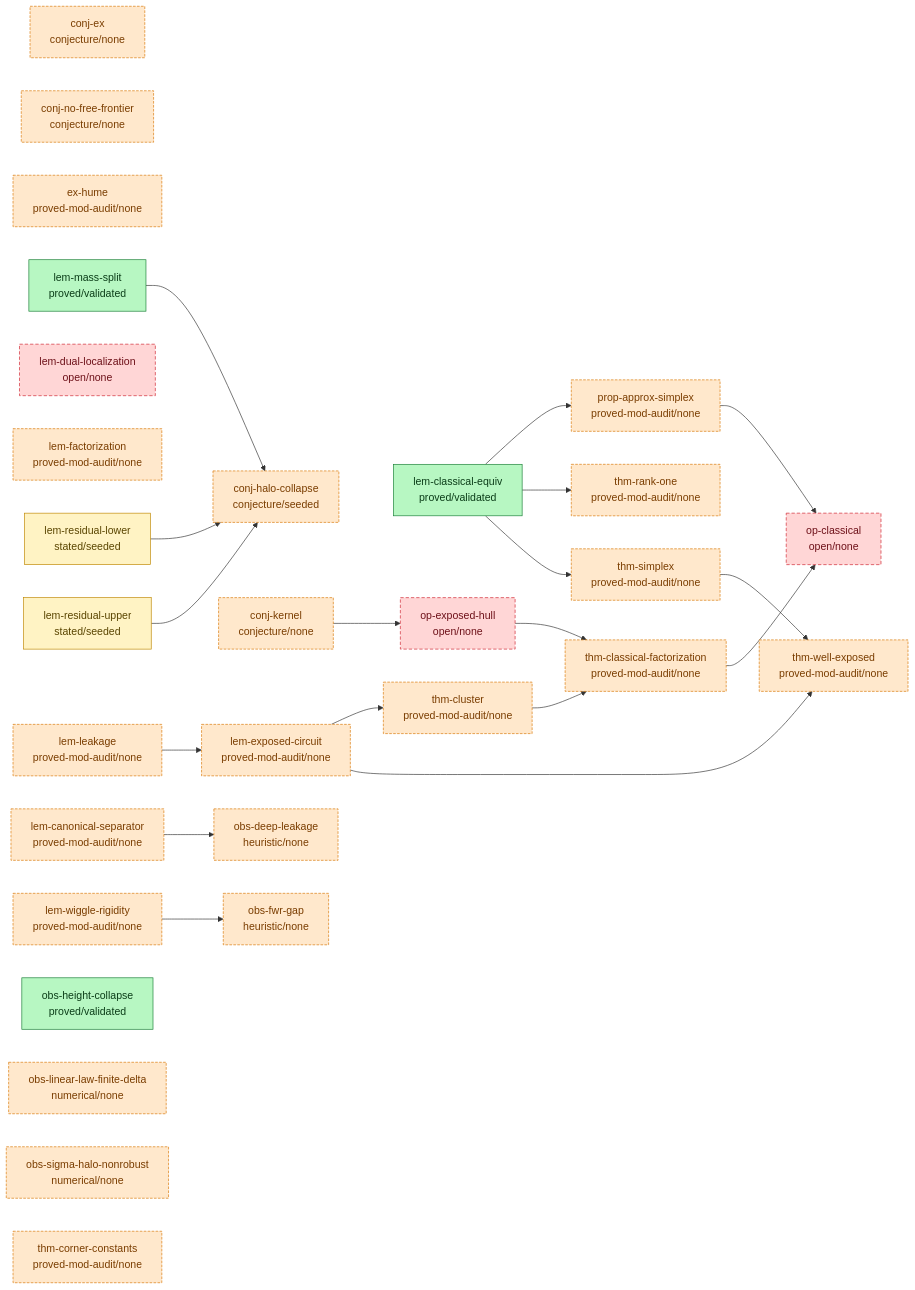
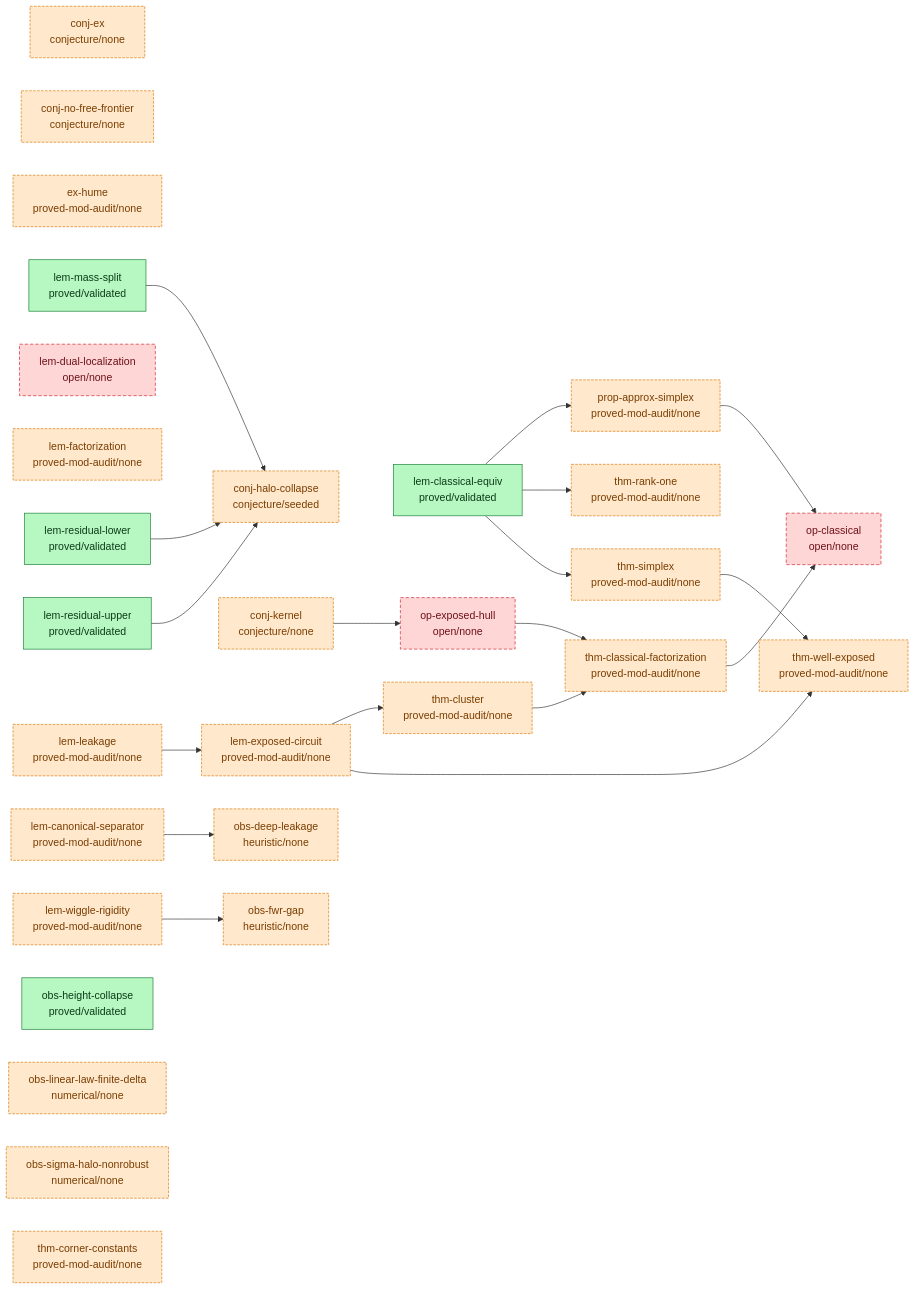
The diagram in argument/DAG.md (tobiasosborne/almost-idempotent-stochastic-maps), drawn with Mermaid before and after one commit. The commit also changed 208 other files, not shown here.

First line of the commit message:
Bank lem-residual-lower: af-validated (4th rigorous result; 2nd of the halo-collapse factoring)

````diff
--- a/argument/DAG.md
+++ b/argument/DAG.md
@@ -6,60 +6,59 @@
 ```mermaid
 graph LR
   classDef validated fill:#b7f7c2,stroke:#1a7f37,color:#0b3d18;
   classDef proved fill:#cfe3ff,stroke:#0969da,color:#0a3069;
   classDef seeded fill:#fff3c4,stroke:#bf8700,color:#5a4500;
   classDef stated fill:#eaecef,stroke:#8b949e,color:#24292f;
   classDef cited fill:#e7d6ff,stroke:#8250df,color:#3b1a73;
   classDef nonrigorous fill:#ffe8cc,stroke:#d97706,color:#7a3d00,stroke-dasharray:4 2;
   classDef open fill:#ffd6d6,stroke:#cf222e,color:#6e1119,stroke-dasharray:5 3;
   conj-ex["conj-ex<br/>conjecture/none"]
   conj-halo-collapse["conj-halo-collapse<br/>conjecture/seeded"]
   conj-kernel["conj-kernel<br/>conjecture/none"]
   conj-no-free-frontier["conj-no-free-frontier<br/>conjecture/none"]
   ex-hume["ex-hume<br/>proved-mod-audit/none"]
   lem-canonical-separator["lem-canonical-separator<br/>proved-mod-audit/none"]
   lem-classical-equiv["lem-classical-equiv<br/>proved/validated"]
   lem-dual-localization["lem-dual-localization<br/>open/none"]
   lem-exposed-circuit["lem-exposed-circuit<br/>proved-mod-audit/none"]
   lem-factorization["lem-factorization<br/>proved-mod-audit/none"]
   lem-leakage["lem-leakage<br/>proved-mod-audit/none"]
   lem-mass-split["lem-mass-split<br/>proved/validated"]
-  lem-residual-lower["lem-residual-lower<br/>stated/seeded"]
-  lem-residual-upper["lem-residual-upper<br/>stated/seeded"]
+  lem-residual-lower["lem-residual-lower<br/>proved/validated"]
+  lem-residual-upper["lem-residual-upper<br/>proved/validated"]
   lem-wiggle-rigidity["lem-wiggle-rigidity<br/>proved-mod-audit/none"]
   obs-deep-leakage["obs-deep-leakage<br/>heuristic/none"]
   obs-fwr-gap["obs-fwr-gap<br/>heuristic/none"]
   obs-height-collapse["obs-height-collapse<br/>proved/validated"]
   obs-linear-law-finite-delta["obs-linear-law-finite-delta<br/>numerical/none"]
   obs-sigma-halo-nonrobust["obs-sigma-halo-nonrobust<br/>numerical/none"]
   op-classical["op-classical<br/>open/none"]
   op-exposed-hull["op-exposed-hull<br/>open/none"]
   prop-approx-simplex["prop-approx-simplex<br/>proved-mod-audit/none"]
   thm-classical-factorization["thm-classical-factorization<br/>proved-mod-audit/none"]
   thm-cluster["thm-cluster<br/>proved-mod-audit/none"]
   thm-corner-constants["thm-corner-constants<br/>proved-mod-audit/none"]
   thm-rank-one["thm-rank-one<br/>proved-mod-audit/none"]
   thm-simplex["thm-simplex<br/>proved-mod-audit/none"]
   thm-well-exposed["thm-well-exposed<br/>proved-mod-audit/none"]
   conj-kernel --> op-exposed-hull
   lem-canonical-separator --> obs-deep-leakage
   lem-classical-equiv --> prop-approx-simplex
   lem-classical-equiv --> thm-rank-one
   lem-classical-equiv --> thm-simplex
   lem-exposed-circuit --> thm-cluster
   lem-exposed-circuit --> thm-well-exposed
   lem-leakage --> lem-exposed-circuit
   lem-mass-split --> conj-halo-collapse
   lem-residual-lower --> conj-halo-collapse
   lem-residual-upper --> conj-halo-collapse
   lem-wiggle-rigidity --> obs-fwr-gap
   op-exposed-hull --> thm-classical-factorization
   prop-approx-simplex --> op-classical
   thm-classical-factorization --> op-classical
   thm-cluster --> thm-classical-factorization
   thm-simplex --> thm-well-exposed
-  class lem-classical-equiv,lem-mass-split,obs-height-collapse validated;
-  class lem-residual-lower,lem-residual-upper seeded;
+  class lem-classical-equiv,lem-mass-split,lem-residual-lower,lem-residual-upper,obs-height-collapse validated;
   class conj-ex,conj-halo-collapse,conj-kernel,conj-no-free-frontier,ex-hume,lem-canonical-separator,lem-exposed-circuit,lem-factorization,lem-leakage,lem-wiggle-rigidity,obs-deep-leakage,obs-fwr-gap,obs-linear-law-finite-delta,obs-sigma-halo-nonrobust,prop-approx-simplex,thm-classical-factorization,thm-cluster,thm-corner-constants,thm-rank-one,thm-simplex,thm-well-exposed nonrigorous;
   class lem-dual-localization,op-classical,op-exposed-hull open;
 ```
````
